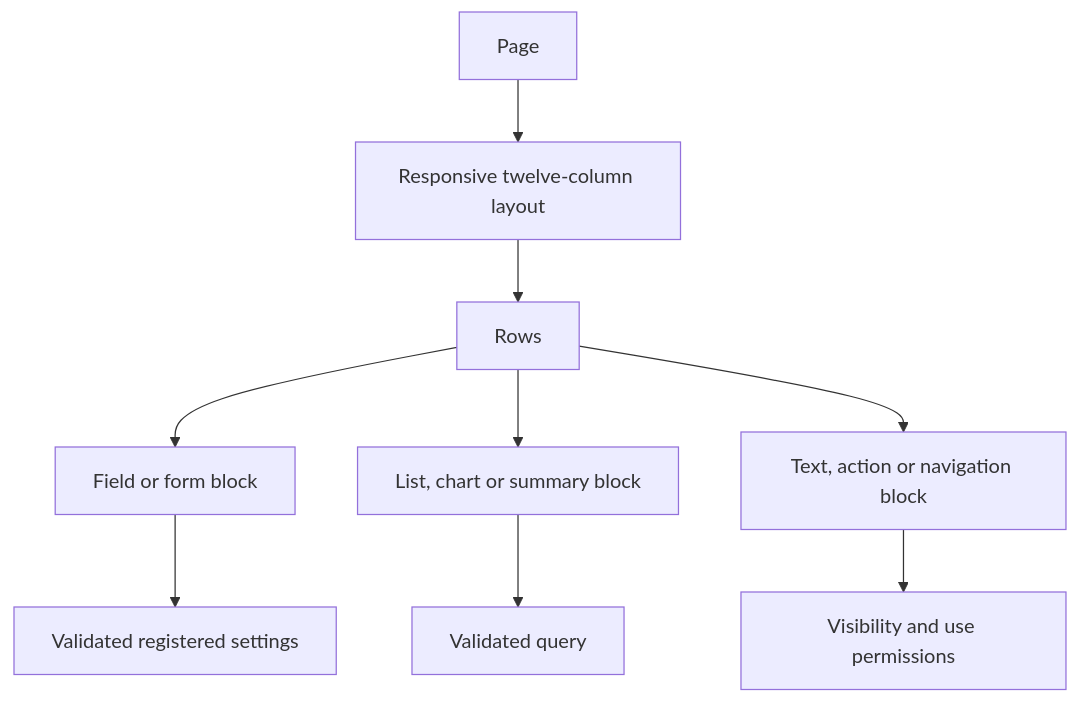
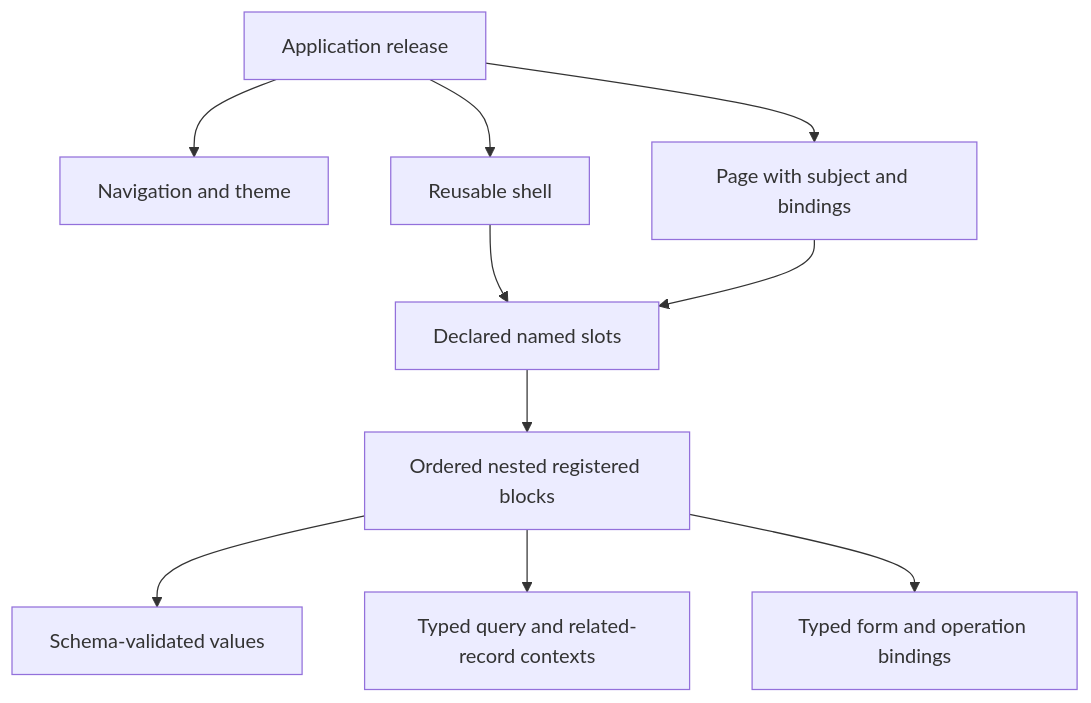
One commit to Abzum-NZ/Abzum-Vortex changed the third of 3 diagrams in docs/specification/07-applications-pages-and-themes.md. Above: the diagram before and after it, drawn with Mermaid. The commit also changed other lines of this file and 21 other files, not shown here.

Commit message:
docs: audit architecture and define generic Fluid HR builder integration

````diff
--- a/docs/specification/07-applications-pages-and-themes.md
+++ b/docs/specification/07-applications-pages-and-themes.md
@@ -149,11 +151,12 @@
 ```mermaid
 flowchart TD
-    PAGE[Page] --> LAYOUT[Responsive twelve-column layout]
-    LAYOUT --> ROW[Rows]
-    ROW --> BLOCK1[Field or form block]
-    ROW --> BLOCK2[List, chart or summary block]
-    ROW --> BLOCK3[Text, action or navigation block]
-    BLOCK1 --> SETTINGS[Validated registered settings]
-    BLOCK2 --> QUERY[Validated query]
-    BLOCK3 --> ACCESS[Visibility and use permissions]
+    APP[Application release] --> NAV[Navigation and theme]
+    APP --> SHELL[Reusable shell]
+    SHELL --> SLOT[Declared named slots]
+    APP --> PAGE[Page with subject and bindings]
+    PAGE --> SLOT
+    SLOT --> TREE[Ordered nested registered blocks]
+    TREE --> SETTINGS[Schema-validated values]
+    TREE --> DATA[Typed query and related-record contexts]
+    TREE --> OP[Typed form and operation bindings]
 ```
````
